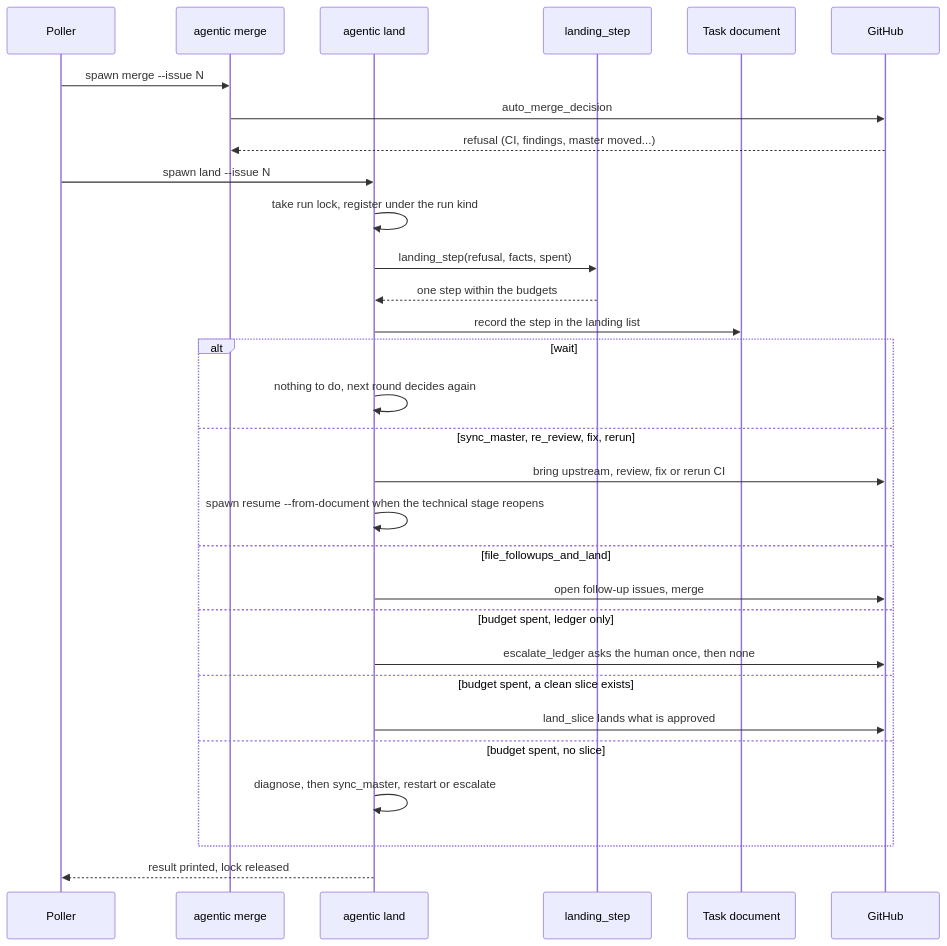
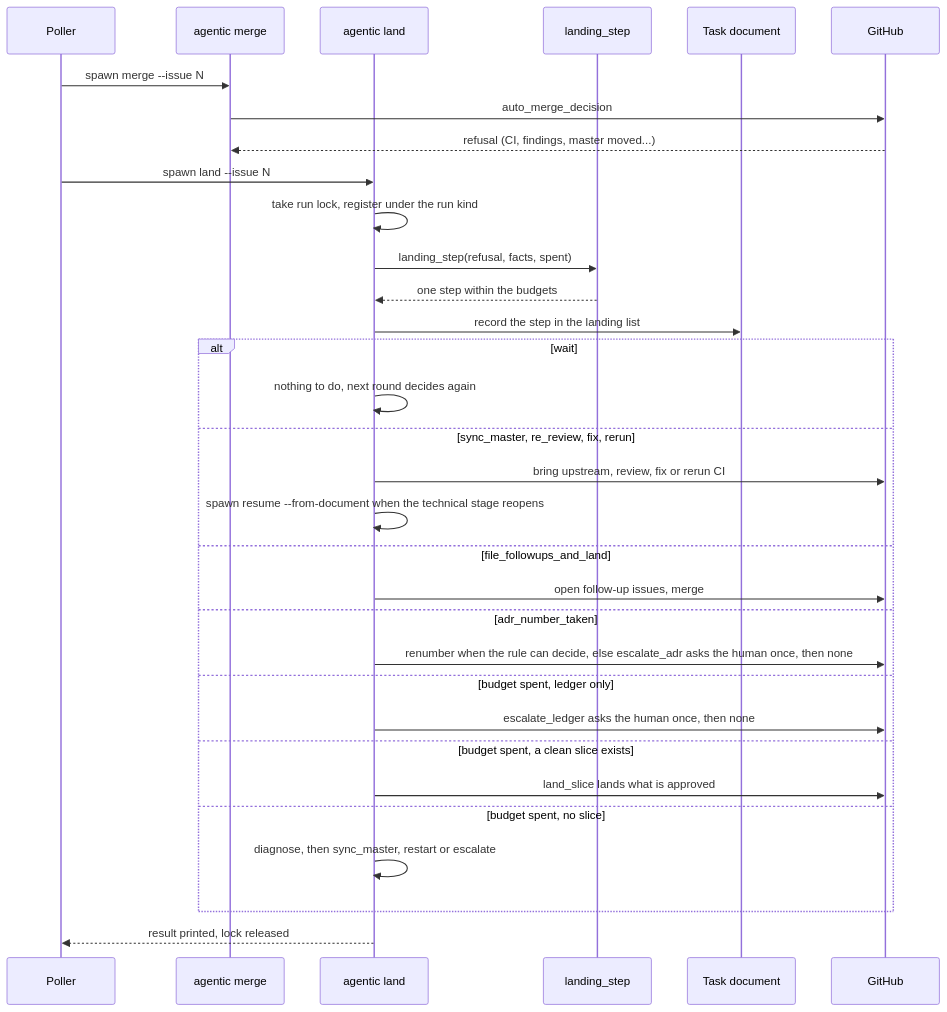
The diagram in docs/architecture/flujos/aterrizaje.md (GonzaloZevallos/agentic-system), drawn with Mermaid before and after one commit. The commit also changed other lines of this file and 1 other file, not shown here.

Commit message:
Document the ADR escalation in the ADR-0049 addendum and the landing flow

````diff
--- a/docs/architecture/flujos/aterrizaje.md
+++ b/docs/architecture/flujos/aterrizaje.md
@@ -9,32 +9,34 @@
 ```mermaid
 sequenceDiagram
     participant Poller
     participant Merge as agentic merge
     participant Land as agentic land
     participant Table as landing_step
     participant Doc as Task document
     participant GitHub
     Poller->>Merge: spawn merge --issue N
     Merge->>GitHub: auto_merge_decision
     GitHub-->>Merge: refusal (CI, findings, master moved...)
     Poller->>Land: spawn land --issue N
     Land->>Land: take run lock, register under the run kind
     Land->>Table: landing_step(refusal, facts, spent)
     Table-->>Land: one step within the budgets
     Land->>Doc: record the step in the landing list
     alt wait
         Land->>Land: nothing to do, next round decides again
     else sync_master, re_review, fix, rerun
         Land->>GitHub: bring upstream, review, fix or rerun CI
         Land->>Land: spawn resume --from-document when the technical stage reopens
     else file_followups_and_land
         Land->>GitHub: open follow-up issues, merge
+    else adr_number_taken
+        Land->>GitHub: renumber when the rule can decide, else escalate_adr asks the human once, then none
     else budget spent, ledger only
         Land->>GitHub: escalate_ledger asks the human once, then none
     else budget spent, a clean slice exists
         Land->>GitHub: land_slice lands what is approved
     else budget spent, no slice
         Land->>Land: diagnose, then sync_master, restart or escalate
     end
     Land-->>Poller: result printed, lock released
 ```
````
